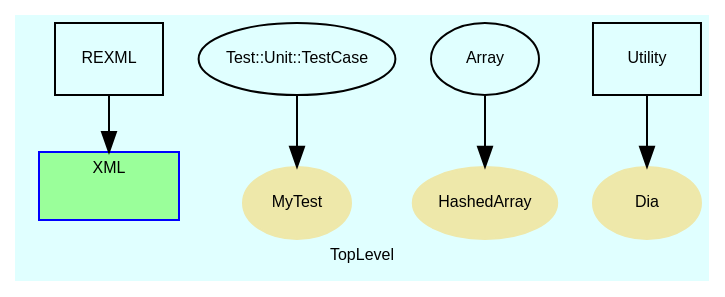
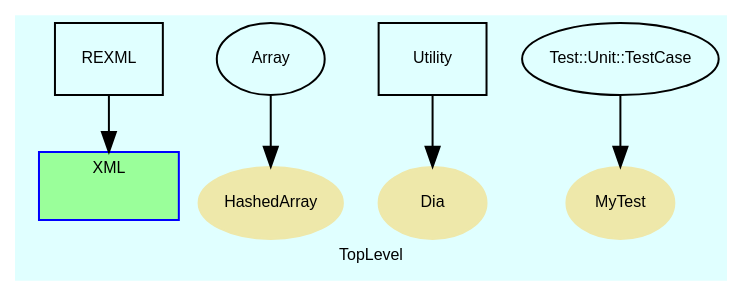
Before and after one commit to noda50/RubyItk: the diagram in doc/dot/f_1.dot, drawn with Graphviz. The commit also changed other lines of this file and 42 other files, not shown here.

```diff
--- a/doc/dot/f_1.dot
+++ b/doc/dot/f_1.dot
@@ -1,94 +1,94 @@
 digraph TopLevel {
     label = "TopLevel"
+    bgcolor = lightcyan1
     fontname = Arial
-    bgcolor = lightcyan1
     fontsize = 8
     compound = true
     node [
+        fontname = Arial,
         color = black,
-        fontname = Arial,
         fontsize = 8
     ]
 
     subgraph cluster_XML {
+        label = "XML"
+        style = filled
+        fontname = Arial
         color = blue
-        label = "XML"
-        fontname = Arial
         URL = "classes/XML.html"
         fillcolor = palegreen1
-        style = filled
         XML [
             width = 0.75,
             shape = plaintext,
             height = 0.01,
             label = ""
         ]
 
     }
 
     REXML [
         shape = box,
         URL = "classes/REXML.html",
         label = "REXML"
     ]
 
     REXML -> XML [
         lhead = cluster_XML
     ]
 
-    MyTest [
+    HashedArray [
+        style = filled,
         color = palegoldenrod,
         shape = ellipse,
+        URL = "classes/HashedArray.html",
         fontcolor = black,
-        URL = "classes/MyTest.html",
-        style = filled,
-        label = "MyTest"
-    ]
-
-    HashedArray [
-        color = palegoldenrod,
-        shape = ellipse,
-        fontcolor = black,
-        URL = "classes/HashedArray.html",
-        style = filled,
         label = "HashedArray"
     ]
 
     Dia [
+        style = filled,
         color = palegoldenrod,
         shape = ellipse,
+        URL = "classes/Dia.html",
         fontcolor = black,
-        URL = "classes/Dia.html",
-        style = filled,
         label = "Dia"
     ]
 
-    Test__Unit__TestCase [
-        URL = "classes/Test/Unit/TestCase.html",
-        label = "Test::Unit::TestCase"
-    ]
-
-    Test__Unit__TestCase -> MyTest [
-
+    MyTest [
+        style = filled,
+        color = palegoldenrod,
+        shape = ellipse,
+        URL = "classes/MyTest.html",
+        fontcolor = black,
+        label = "MyTest"
     ]
 
     Array [
         URL = "classes/Array.html",
         label = "Array"
     ]
 
     Array -> HashedArray [
 
     ]
 
     Utility [
         shape = box,
         URL = "classes/Utility.html",
         label = "Utility"
     ]
 
     Utility -> Dia [
 
     ]
 
+    Test__Unit__TestCase [
+        URL = "classes/Test/Unit/TestCase.html",
+        label = "Test::Unit::TestCase"
+    ]
+
+    Test__Unit__TestCase -> MyTest [
+
+    ]
+
 }
```
